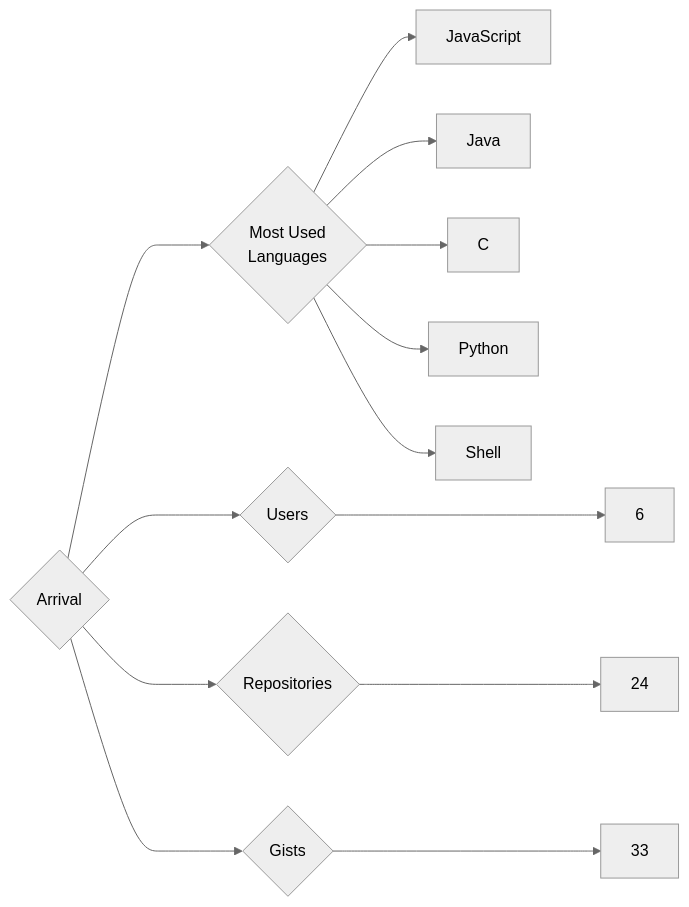
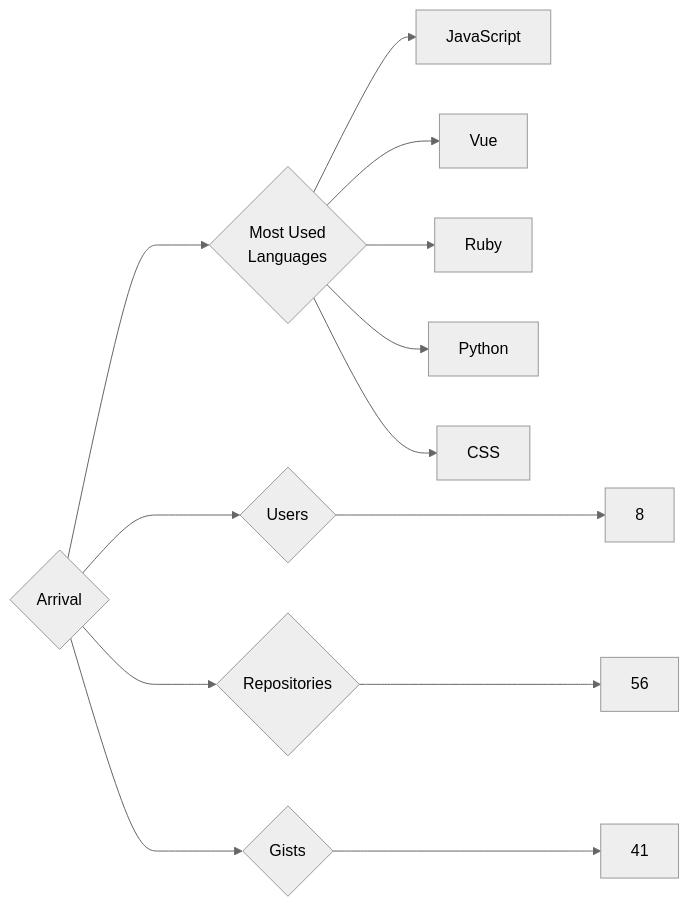
One commit to trickest/insiders changed the diagram in targets/Arrival/README.md. Above: the diagram before and after it, drawn with Mermaid (neutral theme). The commit also changed 880 other files, not shown here.

````diff
--- a/targets/Arrival/README.md
+++ b/targets/Arrival/README.md
@@ -3,13 +3,13 @@
 ```mermaid
 graph LR
 COMPANY_NAME{Arrival}
-COMPANY_NAME ---> U{Users} ---> UN[6]
-COMPANY_NAME ---> R{Repositories} ---> RN[24]
-COMPANY_NAME ---> G{Gists} ---> GN[33]
+COMPANY_NAME ---> U{Users} ---> UN[8]
+COMPANY_NAME ---> R{Repositories} ---> RN[56]
+COMPANY_NAME ---> G{Gists} ---> GN[41]
 COMPANY_NAME ---> ML{Most Used<br>Languages}
 ML --> JavaScript[JavaScript]
-ML --> Java[Java]
-ML --> C[C]
+ML --> Vue[Vue]
+ML --> Ruby[Ruby]
 ML --> Python[Python]
-ML --> Shell[Shell]
+ML --> CSS[CSS]
 ```
````
